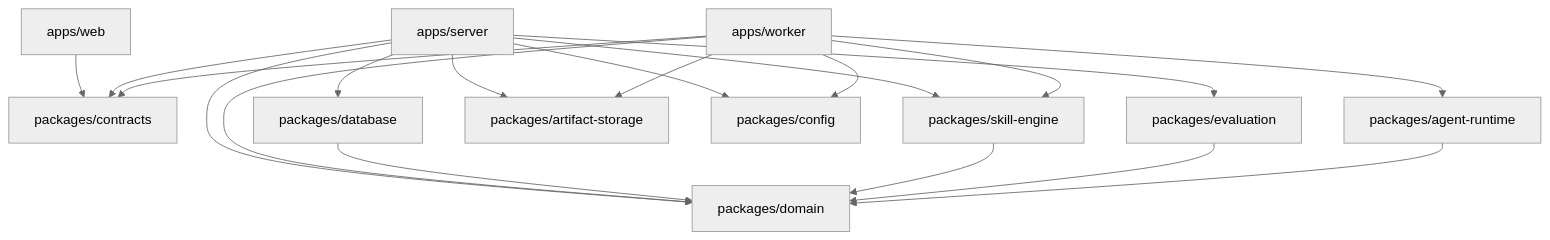
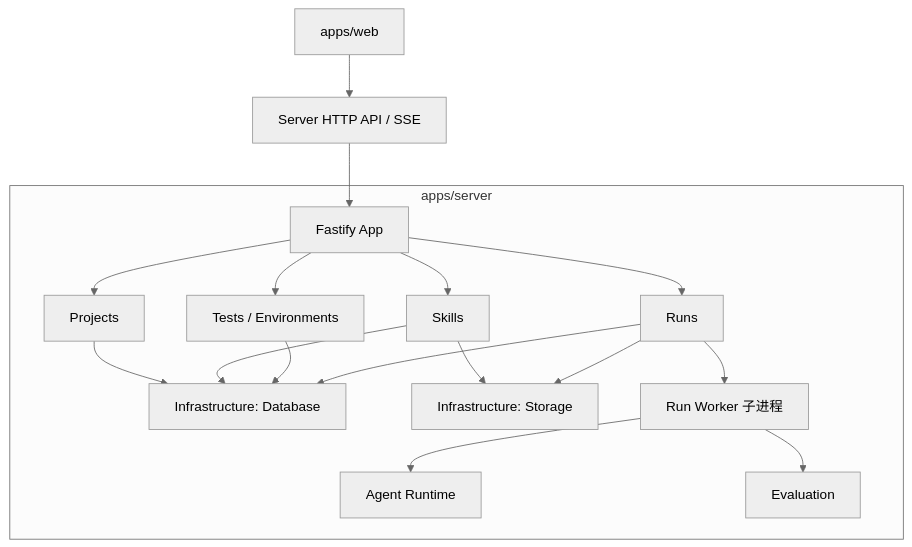
Before and after one commit to wenkil/SkillConsole: the diagram in docs/project-structure.md, drawn with Mermaid (neutral theme). The commit also changed other lines of this file and 50 other files, not shown here.

````diff
--- a/docs/project-structure.md
+++ b/docs/project-structure.md
@@ -434,24 +344,23 @@
 ```mermaid
 flowchart TD
-    WEB["apps/web"] --> CONTRACTS["packages/contracts"]
+    WEB["apps/web"] --> API["Server HTTP API / SSE"]
 
-    SERVER["apps/server"] --> CONTRACTS
-    SERVER --> DOMAIN["packages/domain"]
-    SERVER --> DATABASE["packages/database"]
-    SERVER --> SKILL["packages/skill-engine"]
-    SERVER --> EVAL["packages/evaluation"]
-    SERVER --> ARTIFACT["packages/artifact-storage"]
-    SERVER --> CONFIG["packages/config"]
+    subgraph SERVER["apps/server"]
+        APP["Fastify App"] --> PROJECTS["Projects"]
+        APP --> SKILLS["Skills"]
+        APP --> TESTS["Tests / Environments"]
+        APP --> RUNS["Runs"]
 
-    WORKER["apps/worker"] --> CONTRACTS
-    WORKER --> DOMAIN
-    WORKER --> RUNTIME["packages/agent-runtime"]
-    WORKER --> SKILL
-    WORKER --> ARTIFACT
-    WORKER --> CONFIG
+        PROJECTS --> DB["Infrastructure: Database"]
+        SKILLS --> DB
+        SKILLS --> STORAGE["Infrastructure: Storage"]
+        TESTS --> DB
+        RUNS --> DB
+        RUNS --> STORAGE
+        RUNS --> WORKER["Run Worker 子进程"]
+        WORKER --> RUNTIME["Agent Runtime"]
+        WORKER --> EVALUATION["Evaluation"]
+    end
 
-    DATABASE --> DOMAIN
-    SKILL --> DOMAIN
-    EVAL --> DOMAIN
-    RUNTIME --> DOMAIN
+    API --> APP
 ```
````
